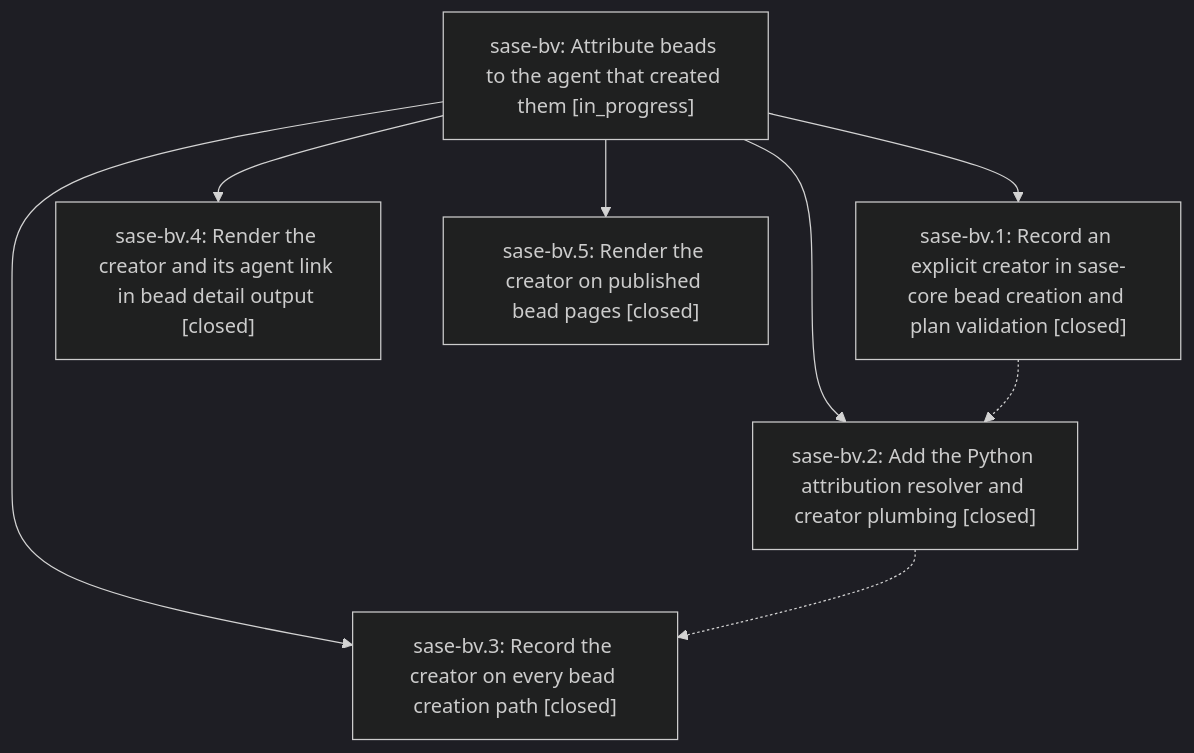
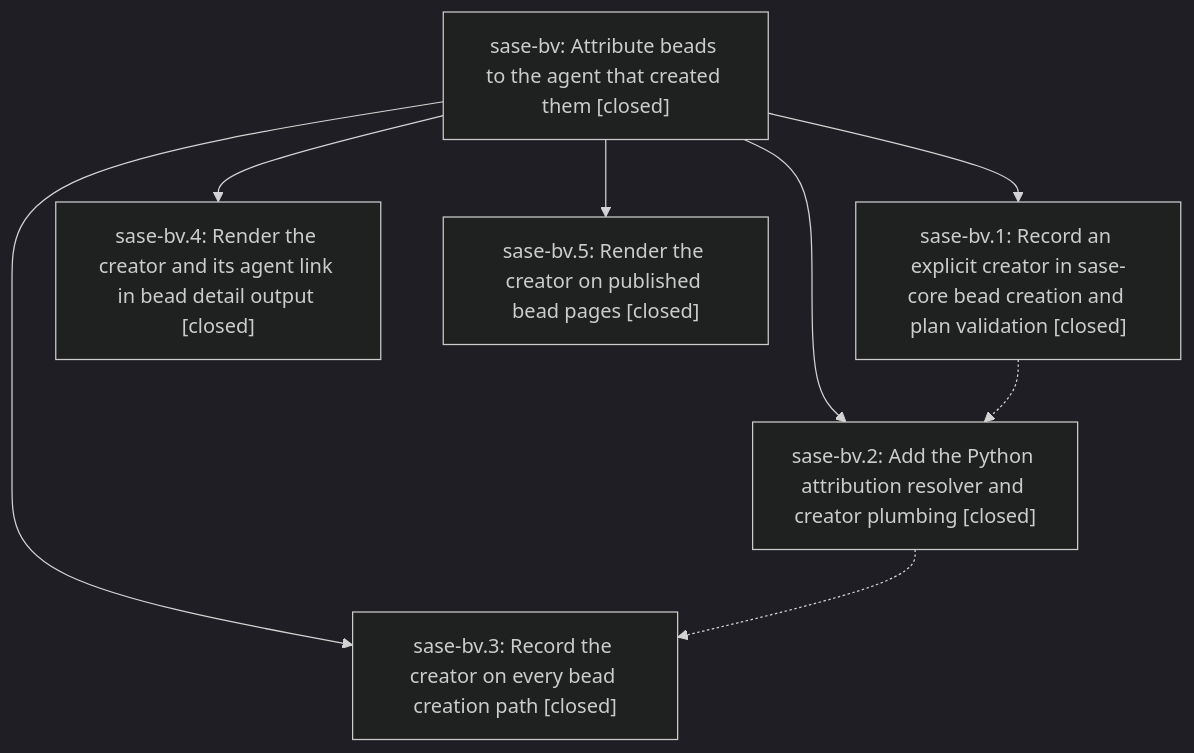
Before and after one commit to sase-org/sase--beads: the diagram in pages/sase-bv/README.md, drawn with Mermaid (dark theme). The commit also changed other lines of this file, not shown here.

First line of the commit message:
chore(beads): sync bead state and pages for sase-bv

````diff
--- a/pages/sase-bv/README.md
+++ b/pages/sase-bv/README.md
@@ -26,16 +26,16 @@
 ```mermaid
 flowchart TD
-    n0["sase-bv: Attribute beads to the agent that created them [in_progress]"]
+    n0["sase-bv: Attribute beads to the agent that created them [closed]"]
     n1["sase-bv.1: Record an explicit creator in sase-core bead creation and plan validation [closed]"]
     n2["sase-bv.2: Add the Python attribution resolver and creator plumbing [closed]"]
     n3["sase-bv.3: Record the creator on every bead creation path [closed]"]
     n4["sase-bv.4: Render the creator and its agent link in bead detail output [closed]"]
     n5["sase-bv.5: Render the creator on published bead pages [closed]"]
     n0 --> n1
     n0 --> n2
     n0 --> n3
     n0 --> n4
     n0 --> n5
     n1 -.-> n2
     n2 -.-> n3
 ```
````
